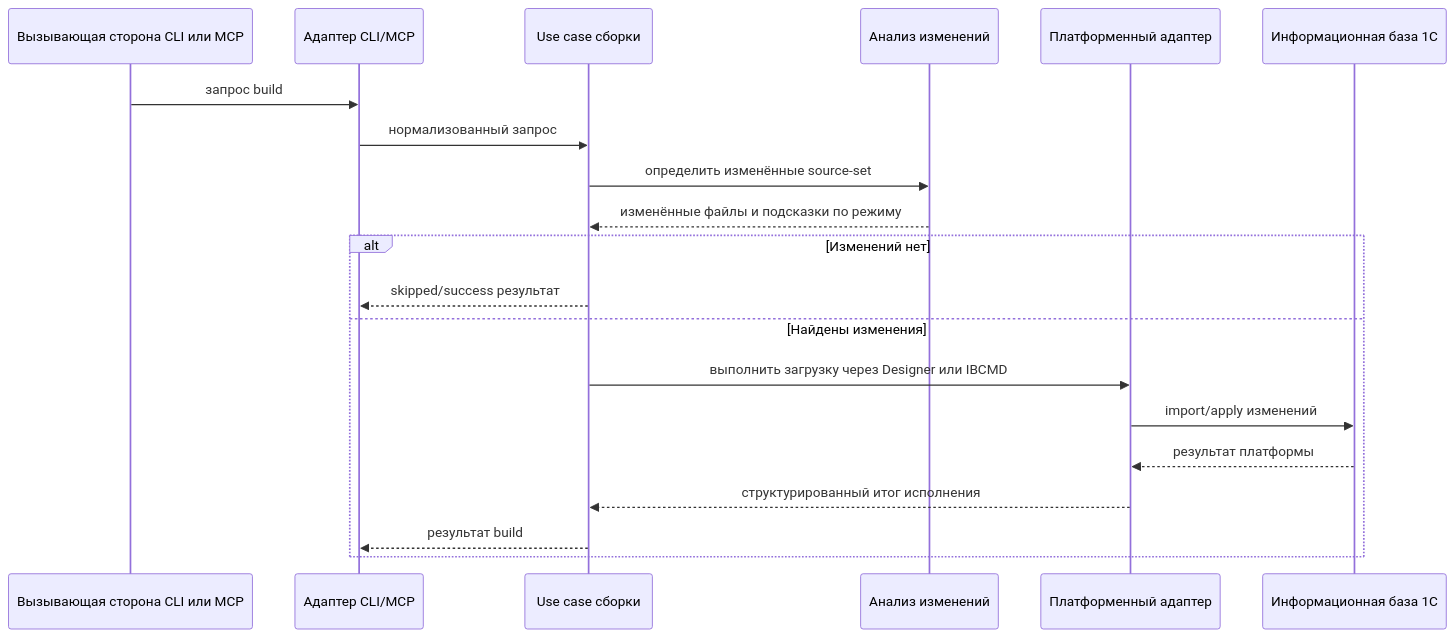
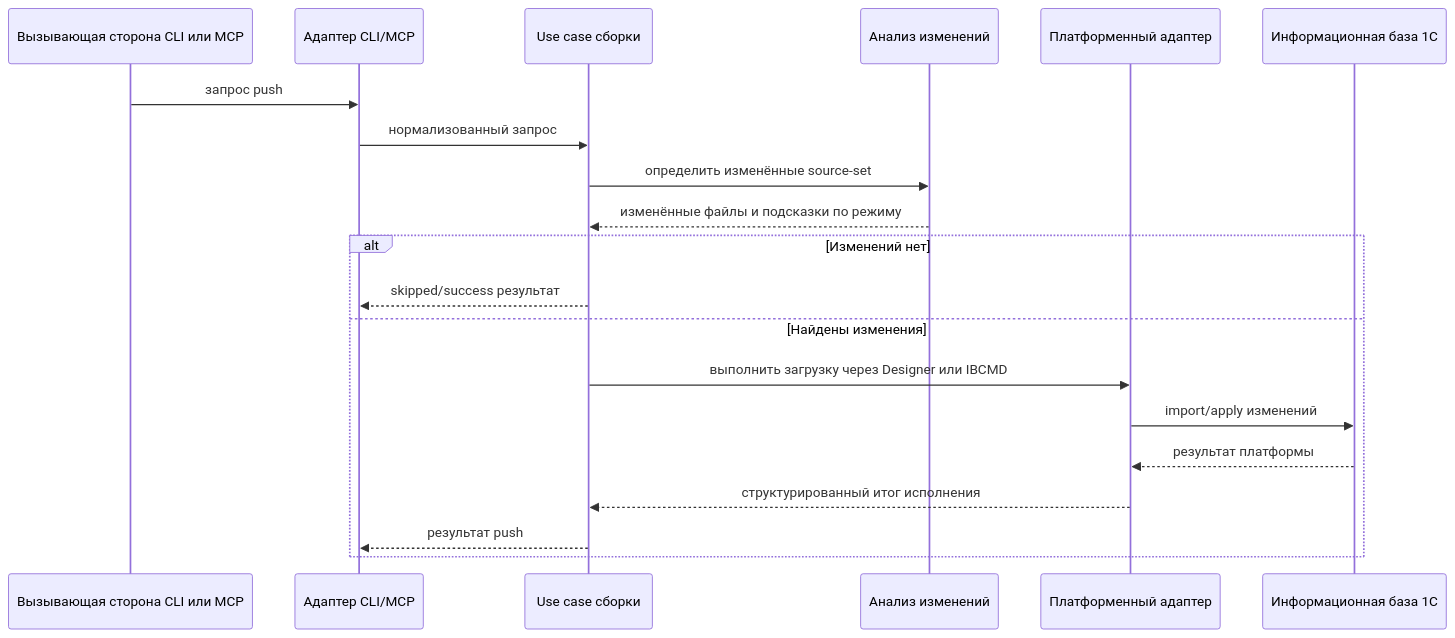
Before and after one commit to IngvarConsulting/v8-runner-rust: the first of 3 diagrams in spec/architecture/arc42/06-runtime-view.md, drawn with Mermaid. The commit also changed other lines of this file and 86 other files, not shown here.

````diff
--- a/spec/architecture/arc42/06-runtime-view.md
+++ b/spec/architecture/arc42/06-runtime-view.md
@@ -5,23 +5,23 @@
 ```mermaid
 sequenceDiagram
     participant User as Вызывающая сторона CLI или MCP
     participant Adapter as Адаптер CLI/MCP
     participant UC as Use case сборки
     participant CD as Анализ изменений
     participant PF as Платформенный адаптер
     participant IB as Информационная база 1С
 
-    User->>Adapter: запрос build
+    User->>Adapter: запрос push
     Adapter->>UC: нормализованный запрос
     UC->>CD: определить изменённые source-set
     CD-->>UC: изменённые файлы и подсказки по режиму
     alt Изменений нет
         UC-->>Adapter: skipped/success результат
     else Найдены изменения
         UC->>PF: выполнить загрузку через Designer или IBCMD
         PF->>IB: import/apply изменений
         IB-->>PF: результат платформы
         PF-->>UC: структурированный итог исполнения
-        UC-->>Adapter: результат build
+        UC-->>Adapter: результат push
     end
 ```
````
